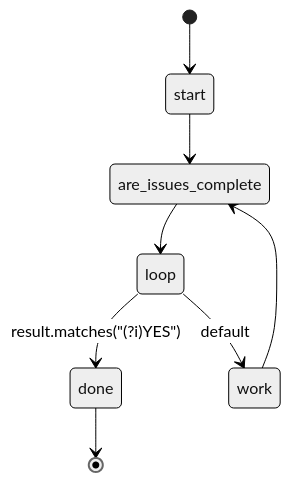
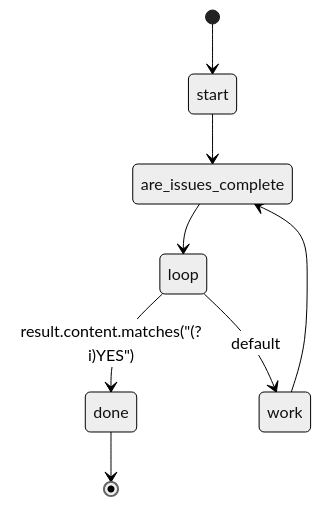
The diagram in builtin/workflows/implement.md (swissarmyhammer/swissarmyhammer), drawn with Mermaid (neutral theme) before and after one commit.

Commit message:
Fix CEL expression in implement workflow
- Updated CEL expression from result.matches to result.content.matches
- This fixes the type error where CEL expected String but got Map
- The prompt action returns a structured response with content field

🤖 Generated with [Claude Code](https://claude.ai/code)

````diff
--- a/builtin/workflows/implement.md
+++ b/builtin/workflows/implement.md
@@ -10,10 +10,10 @@
 ```mermaid
 stateDiagram-v2
     [*] --> start
     start --> are_issues_complete
     are_issues_complete --> loop
-    loop --> done: result.matches("(?i)YES")
+    loop --> done: result.content.matches("(?i)YES")
     loop --> work: default
     work --> are_issues_complete
     done --> [*]
 ```
````
